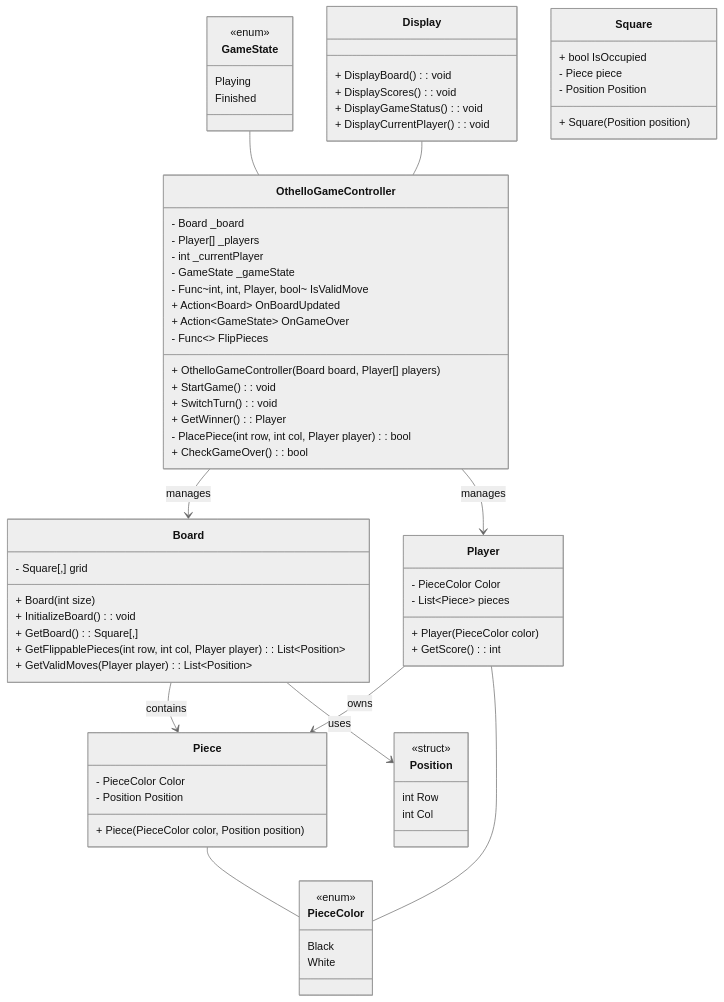
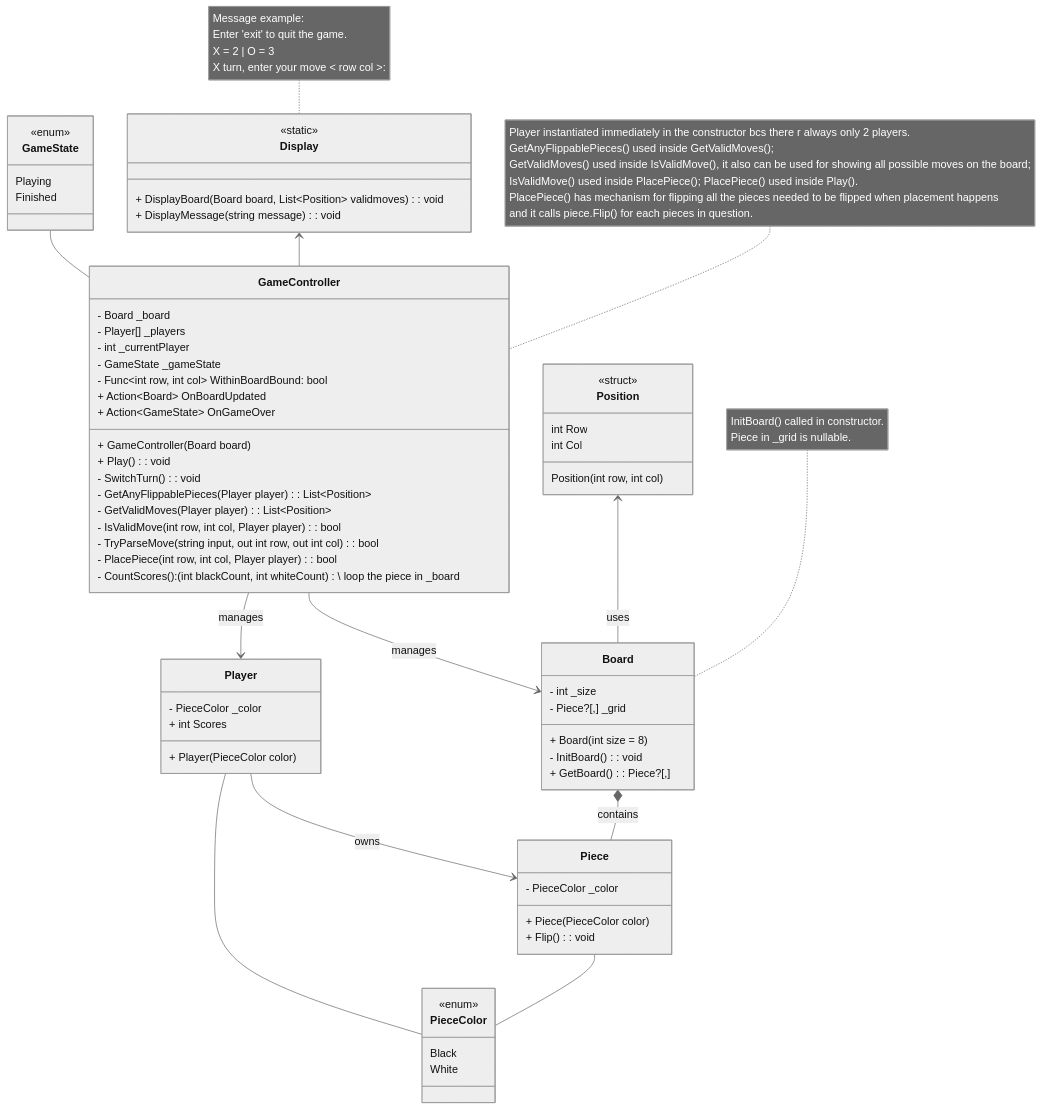
The diagram in BoardGame/othelloworld.mmd (soniaagst/project-sonia), drawn with Mermaid (neutral theme) before and after one commit.

Commit message:
updated class diagram

```diff
--- a/BoardGame/othelloworld.mmd
+++ b/BoardGame/othelloworld.mmd
@@ -1,115 +1,125 @@
 classDiagram
-    OthelloGameController --> Board : manages
-    OthelloGameController --> Player : manages
-    GameState -- OthelloGameController
-    Display -- OthelloGameController
-    Board --> Piece : contains
-    Board --> Position : uses
+    GameController --> Board : manages
+    GameController --> Player : manages
+    GameState -- GameController
+    Display <-- GameController
+    Board *-- Piece : contains
+    Position <-- Board : uses
     Player --> Piece : owns
     Player -- PieceColor
     Piece -- PieceColor
 
     class Display {
-        + DisplayBoard(): void
-        + DisplayScores(): void
-        + DisplayGameStatus(): void
-        + DisplayCurrentPlayer(): void
+        <<static>>
+        + DisplayBoard(Board board, List~Position~ validmoves): void
+        + DisplayMessage(string message): void
     }
+    note for Display "Message example:
+    Enter 'exit' to quit the game.
+    X = 2 | O = 3
+    X turn, enter your move < row col >: 
+    "
 
-    class OthelloGameController {
+    class GameController {
         - Board _board
         - Player[] _players
         - int _currentPlayer
         - GameState _gameState
-        + OthelloGameController(Board board, Player[] players)
-        + StartGame(): void
-        + SwitchTurn(): void
-        + GetWinner(): Player
-        - Func~int, int, Player, bool~ IsValidMove
+        + GameController(Board board)
+        + Play(): void
+        - SwitchTurn(): void
+        - GetAnyFlippablePieces(Player player): List~Position~
+        - GetValidMoves(Player player): List~Position~
+        - IsValidMove(int row, int col, Player player): bool
+        - Func~int row, int col~ WithinBoardBound: bool
+        - TryParseMove(string input, out int row, out int col): bool
+        - PlacePiece(int row, int col, Player player): bool
+        - CountScores(): (int blackCount, int whiteCount) \\ loop the piece in _board
         + Action~Board~ OnBoardUpdated
         + Action~GameState~ OnGameOver
-        - PlacePiece(int row, int col, Player player): bool
-        - Func~~ FlipPieces
-        + CheckGameOver(): bool
     }
+    note for GameController "Player instantiated immediately in the constructor bcs there r always only 2 players.
+    GetAnyFlippablePieces() used inside GetValidMoves();
+    GetValidMoves() used inside IsValidMove(), it also can be used for showing all possible moves on the board;
+    IsValidMove() used inside PlacePiece(); PlacePiece() used inside Play().
+    PlacePiece() has mechanism for flipping all the pieces needed to be flipped when placement happens
+    and it calls piece.Flip() for each pieces in question.
+    "
 
     class Board {
-        - Square[,] grid
-        + Board(int size)
-        + InitializeBoard(): void
-        + GetBoard(): Square[,]
-        + GetFlippablePieces(int row, int col, Player player): List~Position~
-        + GetValidMoves(Player player): List~Position~
+        - int _size
+        - Piece?[,] _grid
+        + Board(int size = 8)
+        - InitBoard(): void
+        + GetBoard(): Piece?[,]
     }
-
-    class Square {
-        + bool IsOccupied
-        - Piece piece
-        - Position Position
-        + Square(Position position)
-    }
+    note for Board "InitBoard() called in constructor.
+    Piece in _grid is nullable."
 
     class Piece {
-        - PieceColor Color
-        - Position Position
-        + Piece(PieceColor color, Position position)
+        - PieceColor _color
+        + Piece(PieceColor color)
+        + Flip(): void
     }
 
     class Player {
-        - PieceColor Color
-        - List~Piece~ pieces
+        - PieceColor _color
+        + int Scores
         + Player(PieceColor color)
-        + GetScore( ): int
     }
 
     class Position {
         <<struct>>
         int Row
         int Col
+        Position(int row, int col)
     }
 
     class PieceColor {
         <<enum>>
         Black
         White
     }
+    %% Black marked with X, White marked with O
 
     class GameState {
         <<enum>>
         Playing
         Finished
     }
 
 
 %% Rules:
 
 %% 2 players (Black & White), on 8x8 board.
 
-%% Initial board: 4 pieces at the center.
+%% Initial board: 4 pieces at the center with this configuration:
+%% W B
+%% B W
 
 %% Black moves first.
 
 %% Black (White) place a black (white) piece on the board, 
 %% in such a way that there is at least one straight 
 %% (horizontal, vertical, or diagonal) occupied line 
 %% between the new piece and another black (white) piece, 
 %% with one or more contiguous white (black) pieces between them.
 
 %% After placing the piece, 
 %% Black (White) flips all white pieces lying on a straight line
 %% between the new piece and any existing black (white) pieces.
 
 %% All flipped pieces are now black (white).
 
 %% Players alternate taking turns.
 
 %% If a player does not have any valid moves,
 %% play passes back to the other player.
 
 %% When neither player can move, the game ends.
 
 %% A game of Othello may end before the board is completely filled.
 
 %% The player with the most pieces on the board at the end of the game wins.
 
 %% If both players have the same number of pieces, then the game is a draw.
```
